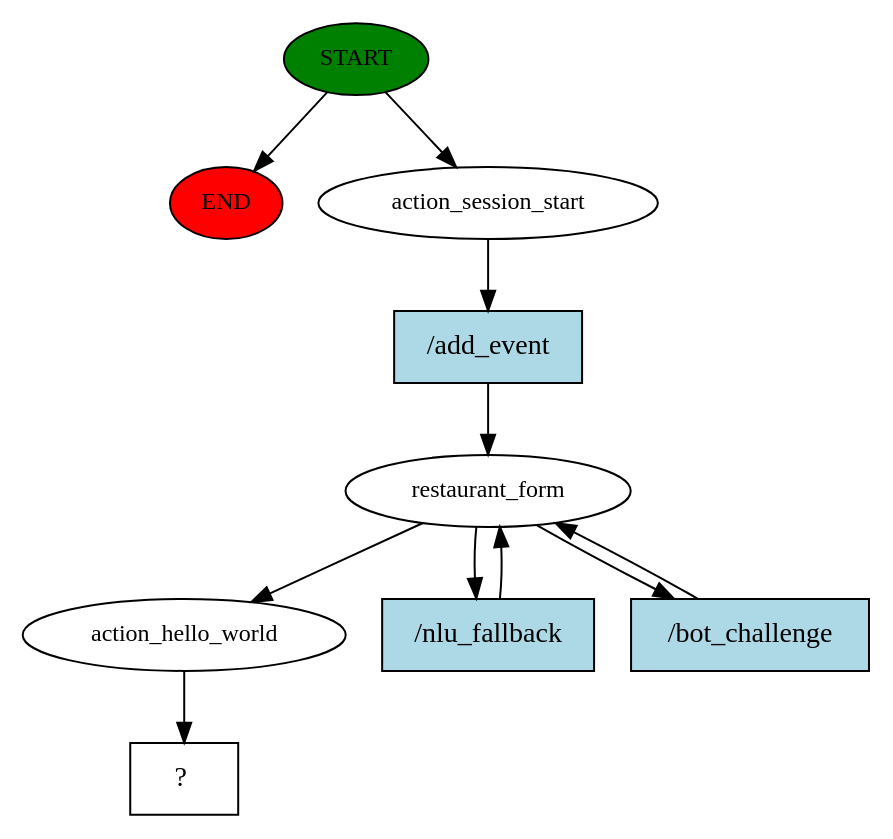
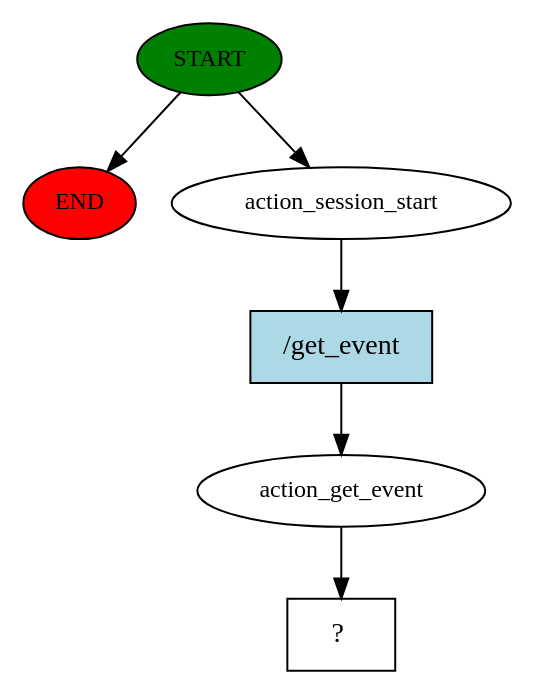
One commit to sonam-pankaj95/google-events changed the diagram in story_graph.dot. Above: the diagram before and after it, drawn with Graphviz. The commit also changed 170 other files, not shown here.

```diff
--- a/story_graph.dot
+++ b/story_graph.dot
@@ -1,21 +1,13 @@
 digraph  {
 0 [class="start active", fillcolor=green, fontsize=12, label=START, style=filled];
 "-1" [class=end, fillcolor=red, fontsize=12, label=END, style=filled];
 1 [class=active, fontsize=12, label=action_session_start];
-2 [class=active, fontsize=12, label=restaurant_form];
-5 [class=active, fontsize=12, label=action_hello_world];
-6 [class="intent dashed active", label="  ?  ", shape=rect];
-7 [class="intent active", fillcolor=lightblue, label="/add_event", shape=rect, style=filled];
-8 [class="intent active", fillcolor=lightblue, label="/nlu_fallback", shape=rect, style=filled];
-9 [class="intent active", fillcolor=lightblue, label="/bot_challenge", shape=rect, style=filled];
+2 [class=active, fontsize=12, label=action_get_event];
+3 [class="intent dashed active", label="  ?  ", shape=rect];
+4 [class="intent active", fillcolor=lightblue, label="/get_event", shape=rect, style=filled];
 0 -> "-1"  [class="", key=NONE, label=""];
 0 -> 1  [class=active, key=NONE, label=""];
-1 -> 7  [class=active, key=0];
-2 -> 5  [class=active, key=NONE, label=""];
-2 -> 8  [class=active, key=0];
-2 -> 9  [class=active, key=0];
-5 -> 6  [class=active, key=NONE, label=""];
-7 -> 2  [class=active, key=0];
-8 -> 2  [class=active, key=0];
-9 -> 2  [class=active, key=0];
+1 -> 4  [class=active, key=0];
+2 -> 3  [class=active, key=NONE, label=""];
+4 -> 2  [class=active, key=0];
 }
```
